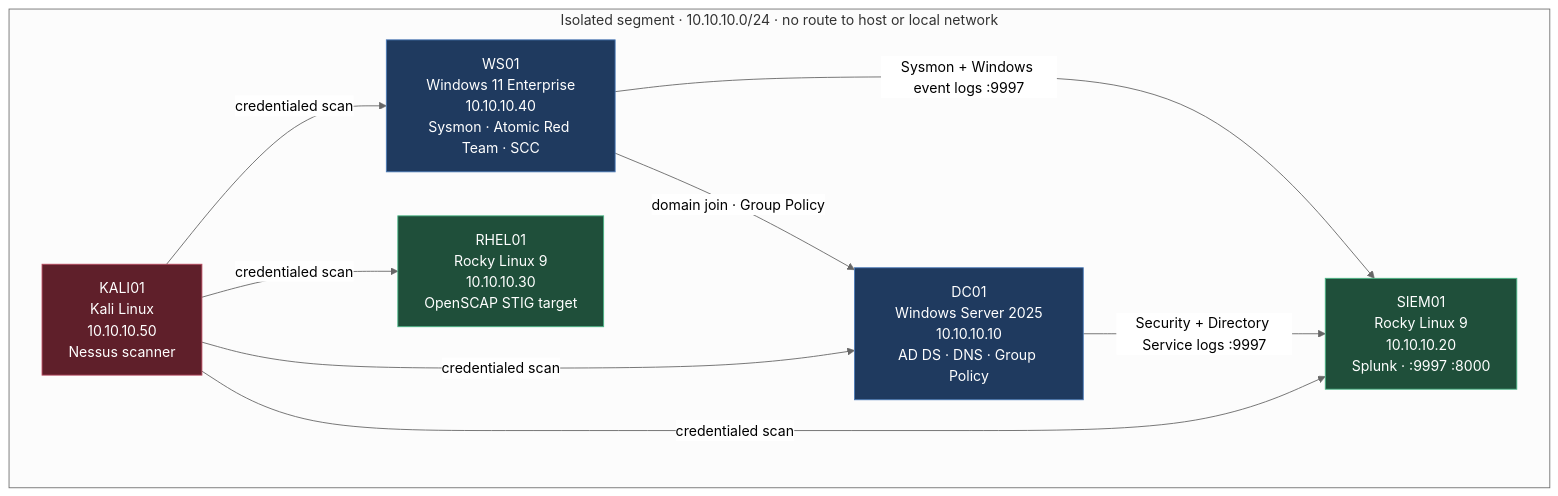
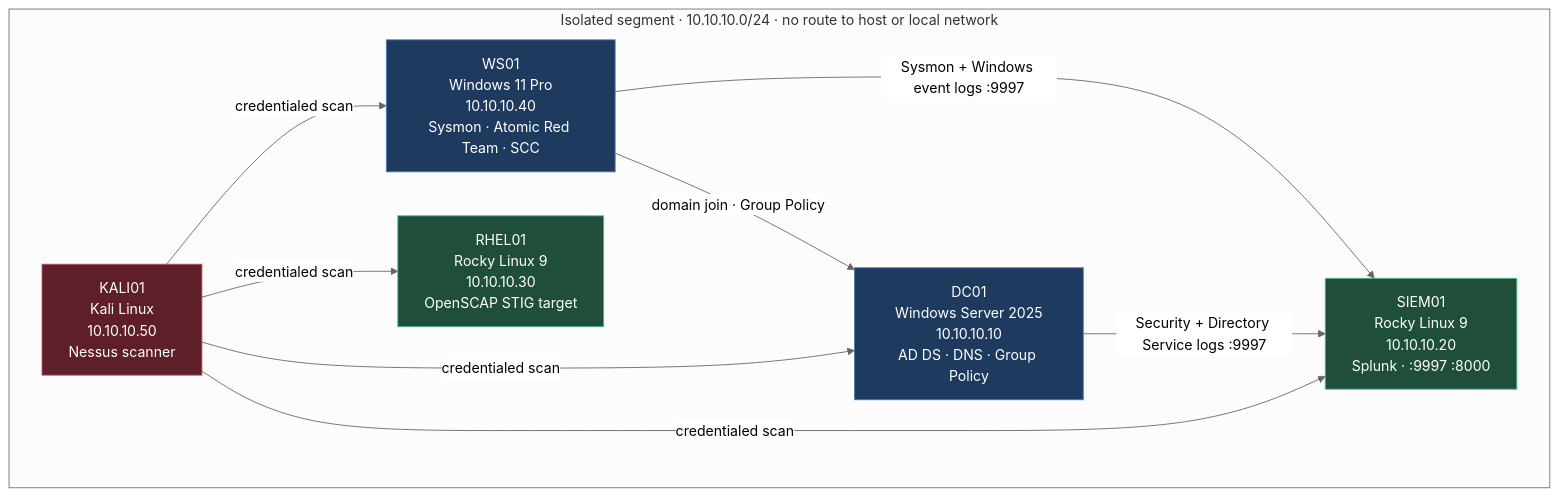
Before and after one commit to SamEmerson1/federal-homelab: the first of 3 diagrams in docs/network-diagram.md, drawn with Mermaid (neutral theme). The commit also changed other lines of this file, not shown here.

First line of the commit message:
Change WS01 from Windows 11 Enterprise to Pro

````diff
--- a/docs/network-diagram.md
+++ b/docs/network-diagram.md
@@ -5,25 +5,25 @@
 ```mermaid
 graph TB
     subgraph LABNET["Isolated segment · 10.10.10.0/24 · no route to host or local network"]
         DC01["DC01<br/>Windows Server 2025<br/>10.10.10.10<br/>AD DS · DNS · Group Policy"]
         SIEM01["SIEM01<br/>Rocky Linux 9<br/>10.10.10.20<br/>Splunk · :9997 :8000"]
         RHEL01["RHEL01<br/>Rocky Linux 9<br/>10.10.10.30<br/>OpenSCAP STIG target"]
-        WS01["WS01<br/>Windows 11 Enterprise<br/>10.10.10.40<br/>Sysmon · Atomic Red Team · SCC"]
+        WS01["WS01<br/>Windows 11 Pro<br/>10.10.10.40<br/>Sysmon · Atomic Red Team · SCC"]
         KALI01["KALI01<br/>Kali Linux<br/>10.10.10.50<br/>Nessus scanner"]
     end
 
     WS01 -->|"domain join · Group Policy"| DC01
     WS01 -->|"Sysmon + Windows event logs :9997"| SIEM01
     DC01 -->|"Security + Directory Service logs :9997"| SIEM01
     KALI01 -->|"credentialed scan"| DC01
     KALI01 -->|"credentialed scan"| WS01
     KALI01 -->|"credentialed scan"| RHEL01
     KALI01 -->|"credentialed scan"| SIEM01
 
     classDef win fill:#1f3a5f,stroke:#4a7ab8,color:#ffffff
     classDef lin fill:#1f4f3a,stroke:#4ab887,color:#ffffff
     classDef atk fill:#5f1f2a,stroke:#b84a5f,color:#ffffff
     class DC01,WS01 win
     class SIEM01,RHEL01 lin
     class KALI01 atk
 ```
````
